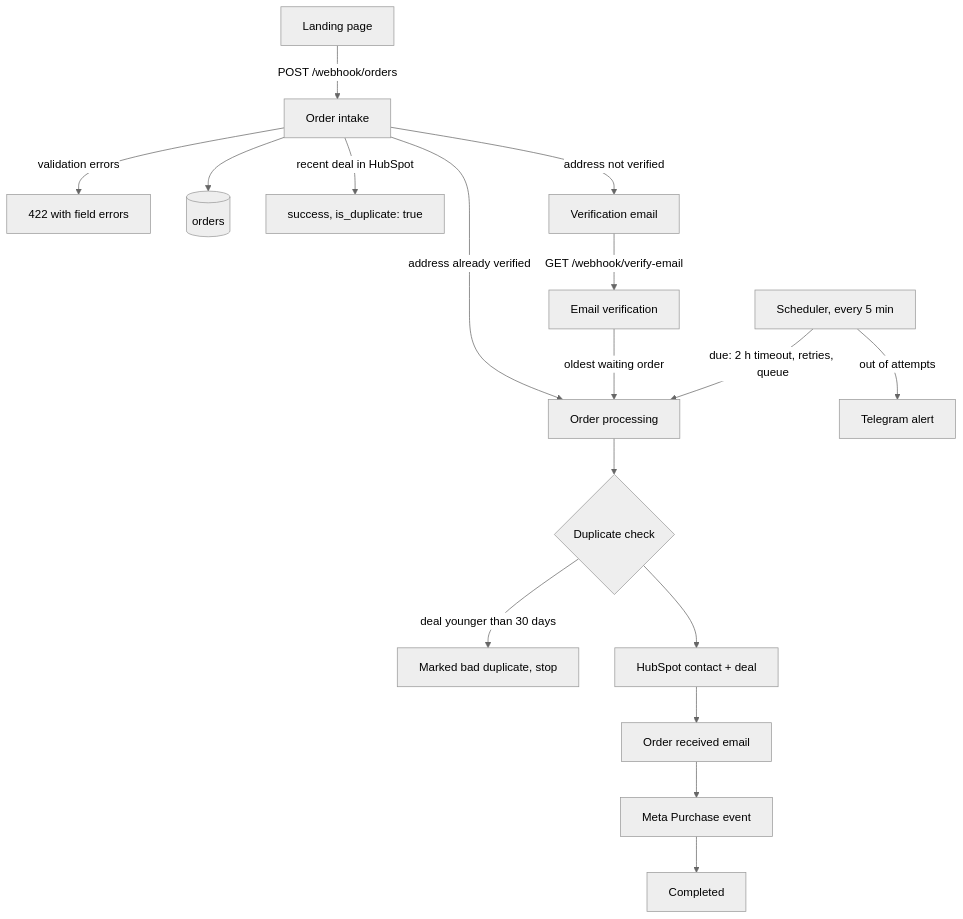
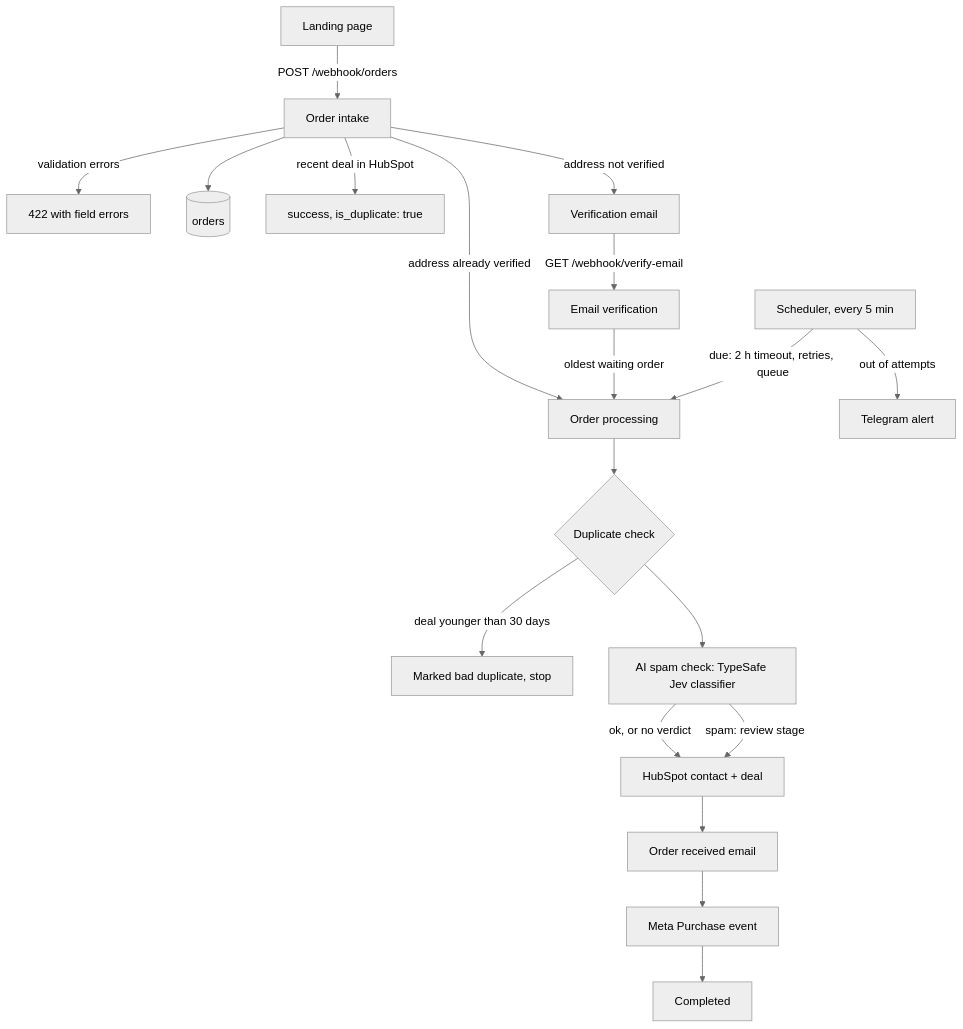
The diagram in README.md (apavliukov/n8n-lead-gen-demo), drawn with Mermaid (neutral theme) before and after one commit. The commit also changed other lines of this file, not shown here.

Commit message:
Show the AI spam check in the README diagram

````diff
--- a/README.md
+++ b/README.md
@@ -13,19 +14,21 @@
 ```mermaid
 flowchart TD
     L[Landing page] -->|POST /webhook/orders| I[Order intake]
     I -->|validation errors| R422[422 with field errors]
     I --> S[(orders)]
     I -->|recent deal in HubSpot| RD[success, is_duplicate: true]
     I -->|address already verified| P[Order processing]
     I -->|address not verified| M[Verification email]
     M -->|GET /webhook/verify-email| V[Email verification]
     V -->|oldest waiting order| P
     T[Scheduler, every 5 min] -->|due: 2 h timeout, retries, queue| P
     P --> D{Duplicate check}
     D -->|deal younger than 30 days| X[Marked bad duplicate, stop]
-    D --> H[HubSpot contact + deal]
+    D --> K[AI spam check: TypeSafe Jev classifier]
+    K -->|ok, or no verdict| H[HubSpot contact + deal]
+    K -->|spam: review stage| H
     H --> E[Order received email]
     E --> F[Meta Purchase event]
     F --> C[Completed]
     T -->|out of attempts| A[Telegram alert]
 ```
````
